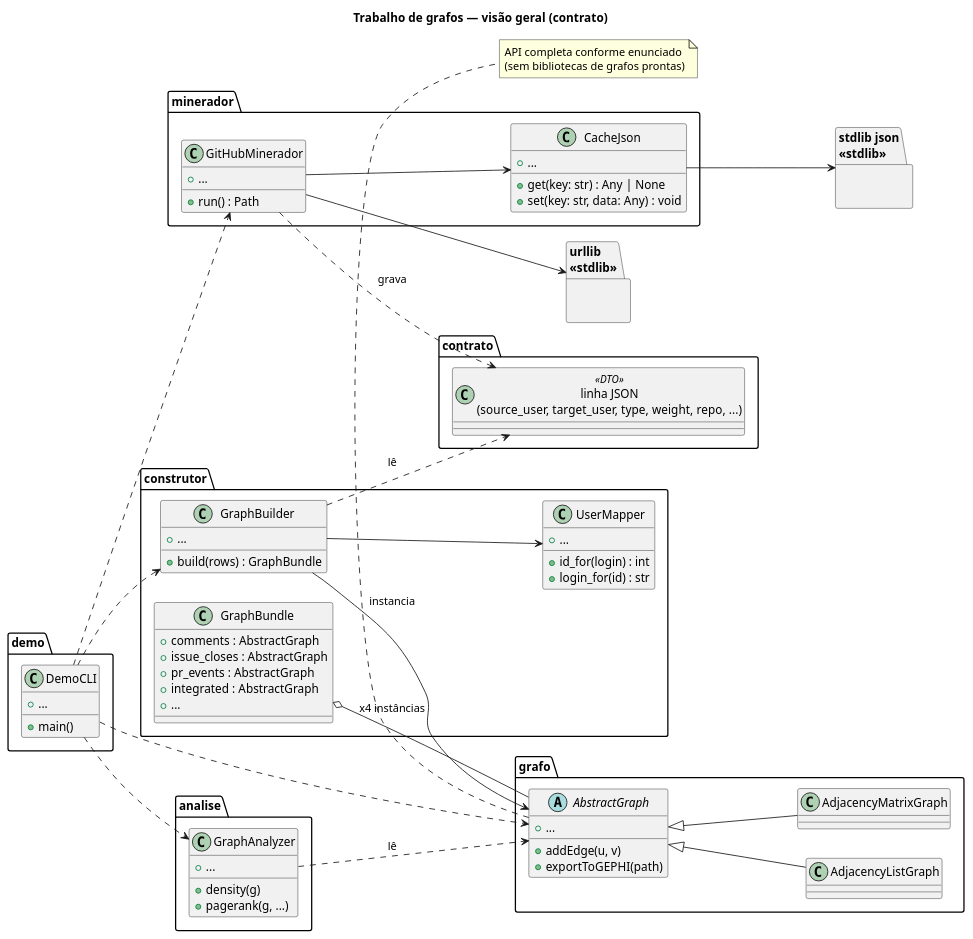
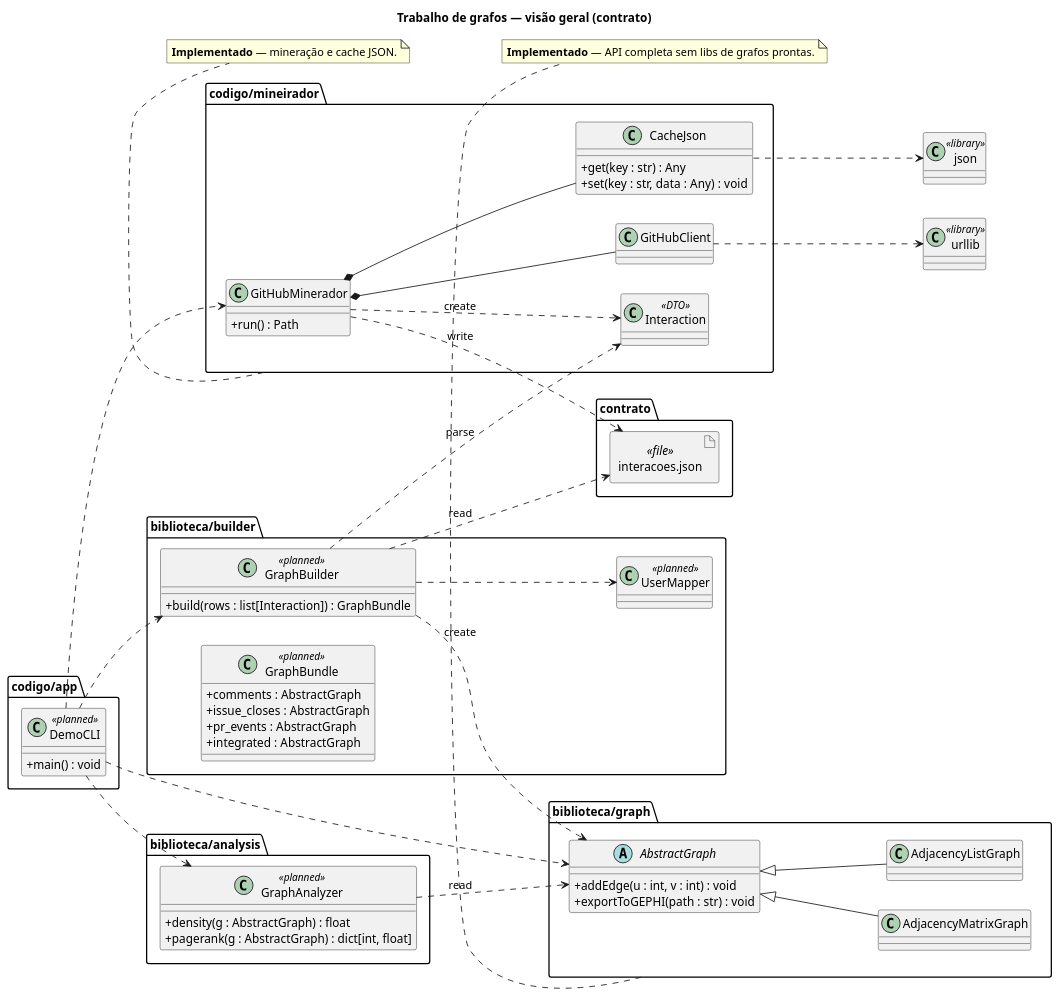
Before and after one commit to Erickguedesc/trabalho-pratico-grafos: the diagram in docs/contrato/diagrama-visao-geral.puml, drawn with PlantUML. The commit also changed 9 other files, not shown here.

Commit message:
correção diagramas

```diff
--- a/docs/contrato/diagrama-visao-geral.puml
+++ b/docs/contrato/diagrama-visao-geral.puml
@@ -1,94 +1,93 @@
 @startuml diagrama-visao-geral
 
 title Trabalho de grafos — visão geral (contrato)
 
+skinparam classAttributeIconSize 0
 left to right direction
 
-package minerador {
+package "codigo/mineirador" as mineirador {
   class GitHubMinerador {
     + run() : Path
-    + ...
+  }
+  class GitHubClient {
   }
   class CacheJson {
-    + get(key: str) : Any | None
-    + set(key: str, data: Any) : void
-    + ...
+    + get(key : str) : Any
+    + set(key : str, data : Any) : void
+  }
+  class Interaction <<DTO>>
+}
+
+package contrato {
+  artifact "interacoes.json" as InteracoesJson <<file>> {
   }
 }
 
-package contrato {
-  class "linha JSON\n(source_user, target_user, type, weight, repo, ...)" as LinhaJson <<DTO>> {
+package "biblioteca/builder" as construtor {
+  class UserMapper <<planned>>
+  class GraphBuilder <<planned>> {
+    + build(rows : list[Interaction]) : GraphBundle
   }
-}
-
-package construtor {
-  class UserMapper {
-    + id_for(login) : int
-    + login_for(id) : str
-    + ...
-  }
-  class GraphBuilder {
-    + build(rows) : GraphBundle
-    + ...
-  }
-  class GraphBundle {
+  class GraphBundle <<planned>> {
     + comments : AbstractGraph
     + issue_closes : AbstractGraph
     + pr_events : AbstractGraph
     + integrated : AbstractGraph
-    + ...
   }
 }
 
-package grafo {
+package "biblioteca/graph" as grafo {
   abstract class AbstractGraph {
-    + addEdge(u, v)
-    + exportToGEPHI(path)
-    + ...
+    + addEdge(u : int, v : int) : void
+    + exportToGEPHI(path : str) : void
   }
   class AdjacencyMatrixGraph
   class AdjacencyListGraph
 }
 
-package analise {
-  class GraphAnalyzer {
-    + density(g)
-    + pagerank(g, ...)
-    + ...
+package "biblioteca/analysis" as analise {
+  class GraphAnalyzer <<planned>> {
+    + density(g : AbstractGraph) : float
+    + pagerank(g : AbstractGraph) : dict[int, float]
   }
 }
 
-package demo {
-  class DemoCLI {
-    + main()
-    + ...
+package "codigo/app" as demo {
+  class DemoCLI <<planned>> {
+    + main() : void
   }
 }
 
-package "urllib\n<<stdlib>>" as ExtHttp {
-}
-package "stdlib json\n<<stdlib>>" as ExtJson {
-}
+class "urllib" as Urllib <<library>>
+class "json" as JsonLib <<library>>
 
-GitHubMinerador --> ExtHttp
-GitHubMinerador --> CacheJson
-CacheJson --> ExtJson
-GitHubMinerador ..> LinhaJson : grava
-GraphBuilder ..> LinhaJson : lê
-GraphBuilder --> UserMapper
-GraphBuilder --> AbstractGraph : instancia
-GraphBundle o-- AbstractGraph : x4 instâncias
+GitHubMinerador *-- GitHubClient
+GitHubMinerador *-- CacheJson
+GitHubClient ..> Urllib
+CacheJson ..> JsonLib
+GitHubMinerador ..> Interaction : «create»
+GitHubMinerador ..> InteracoesJson : «write»
+
+GraphBuilder ..> InteracoesJson : «read»
+GraphBuilder ..> Interaction : «parse»
+GraphBuilder ..> UserMapper
+GraphBuilder ..> AbstractGraph : «create»
+
 AbstractGraph <|-- AdjacencyMatrixGraph
 AbstractGraph <|-- AdjacencyListGraph
-GraphAnalyzer ..> AbstractGraph : lê
+
+GraphAnalyzer ..> AbstractGraph : «read»
 DemoCLI ..> AbstractGraph
 DemoCLI ..> GraphBuilder
 DemoCLI ..> GitHubMinerador
 DemoCLI ..> GraphAnalyzer
 
-note bottom of AbstractGraph
-  API completa conforme enunciado
-  (sem bibliotecas de grafos prontas)
+note bottom of grafo
+  **Implementado** — API completa sem libs de grafos prontas.
+end note
+
+note bottom of mineirador
+  **Implementado** — mineração e cache JSON.
 end note
 
 @enduml
```
